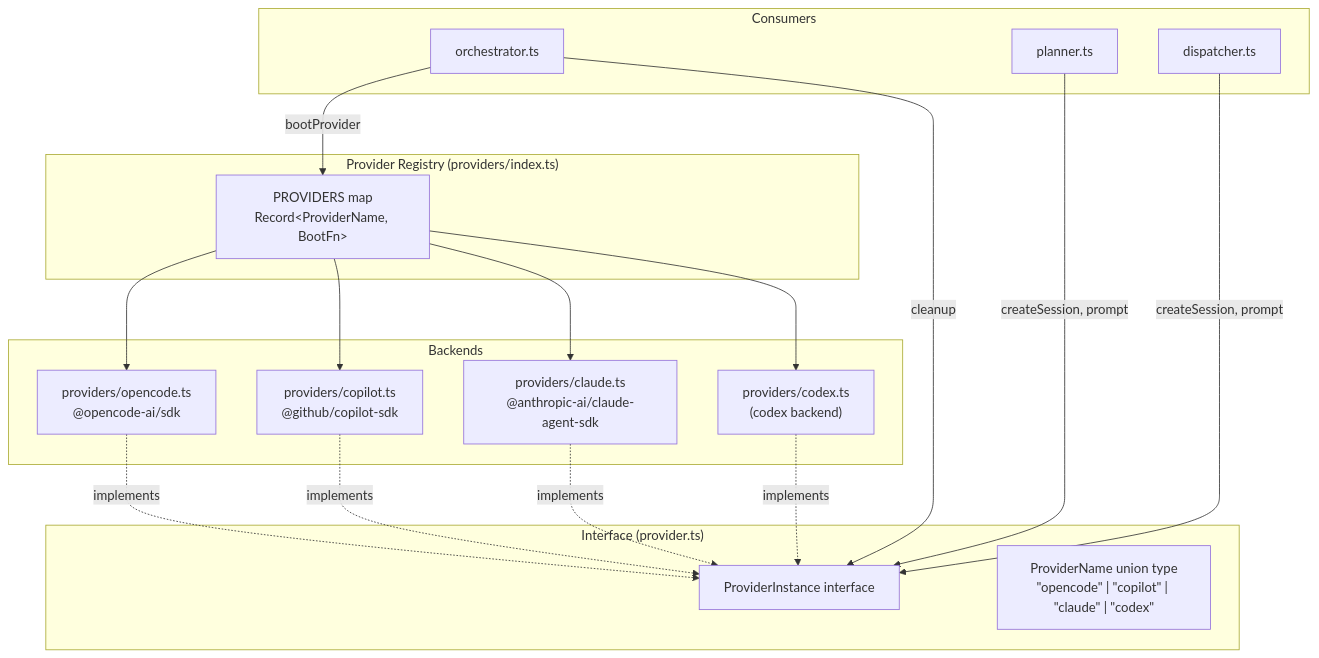
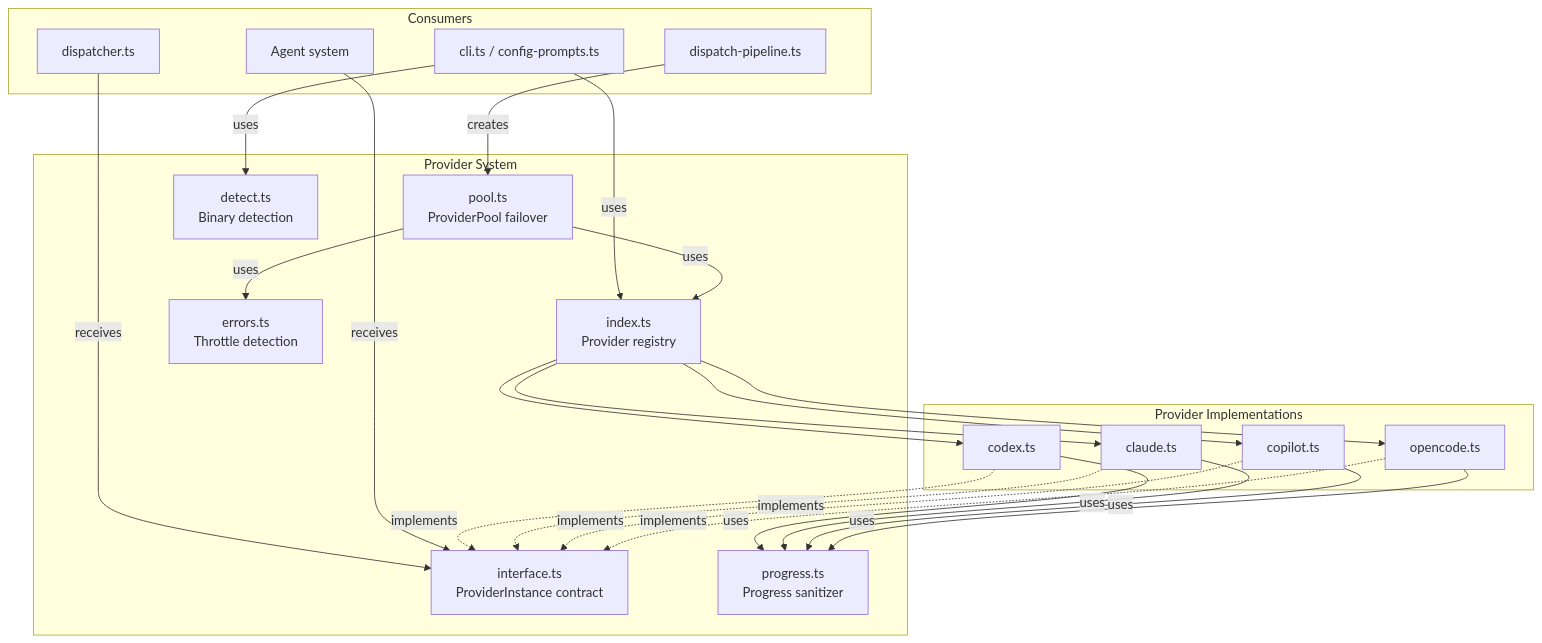
Before and after one commit to PatrickRuddiman/Dispatch: the diagram in docs/provider-system/overview.md, drawn with Mermaid. The commit also changed other lines of this file and 252 other files, not shown here.

First line of the commit message:
feat: migrate TUI and prompts to Ink (React for CLI) (#347)

````diff
--- a/docs/provider-system/overview.md
+++ b/docs/provider-system/overview.md
@@ -134,37 +40,45 @@
 ```mermaid
 graph TD
-    subgraph "Provider Registry (providers/index.ts)"
-        REG["PROVIDERS map<br/>Record&lt;ProviderName, BootFn&gt;"]
+    subgraph "Provider System"
+        IF["interface.ts<br/>ProviderInstance contract"]
+        REG["index.ts<br/>Provider registry"]
+        POOL["pool.ts<br/>ProviderPool failover"]
+        ERR["errors.ts<br/>Throttle detection"]
+        DET["detect.ts<br/>Binary detection"]
+        PROG["progress.ts<br/>Progress sanitizer"]
     end
 
-    subgraph "Interface (provider.ts)"
-        IF["ProviderInstance interface"]
-        PN["ProviderName union type<br/>&quot;opencode&quot; | &quot;copilot&quot; | &quot;claude&quot; | &quot;codex&quot;"]
-    end
-
-    subgraph "Backends"
-        OC["providers/opencode.ts<br/>@opencode-ai/sdk"]
-        CP["providers/copilot.ts<br/>@github/copilot-sdk"]
-        CL["providers/claude.ts<br/>@anthropic-ai/claude-agent-sdk"]
-        CX["providers/codex.ts<br/>(codex backend)"]
+    subgraph "Provider Implementations"
+        OC["opencode.ts"]
+        CP["copilot.ts"]
+        CL["claude.ts"]
+        CX["codex.ts"]
     end
 
     subgraph "Consumers"
-        ORCH["orchestrator.ts"]
-        PLAN["planner.ts"]
+        ORCH["dispatch-pipeline.ts"]
+        AGENTS["Agent system"]
         DISP["dispatcher.ts"]
+        CLI["cli.ts / config-prompts.ts"]
     end
 
     REG --> OC
     REG --> CP
     REG --> CL
     REG --> CX
     OC -.->|implements| IF
     CP -.->|implements| IF
     CL -.->|implements| IF
     CX -.->|implements| IF
-    ORCH -->|bootProvider| REG
-    PLAN -->|createSession, prompt| IF
-    DISP -->|createSession, prompt| IF
-    ORCH -->|cleanup| IF
+    POOL -->|uses| REG
+    POOL -->|uses| ERR
+    ORCH -->|creates| POOL
+    AGENTS -->|receives| IF
+    DISP -->|receives| IF
+    CLI -->|uses| DET
+    CLI -->|uses| REG
+    OC -->|uses| PROG
+    CP -->|uses| PROG
+    CL -->|uses| PROG
+    CX -->|uses| PROG
 ```
````
